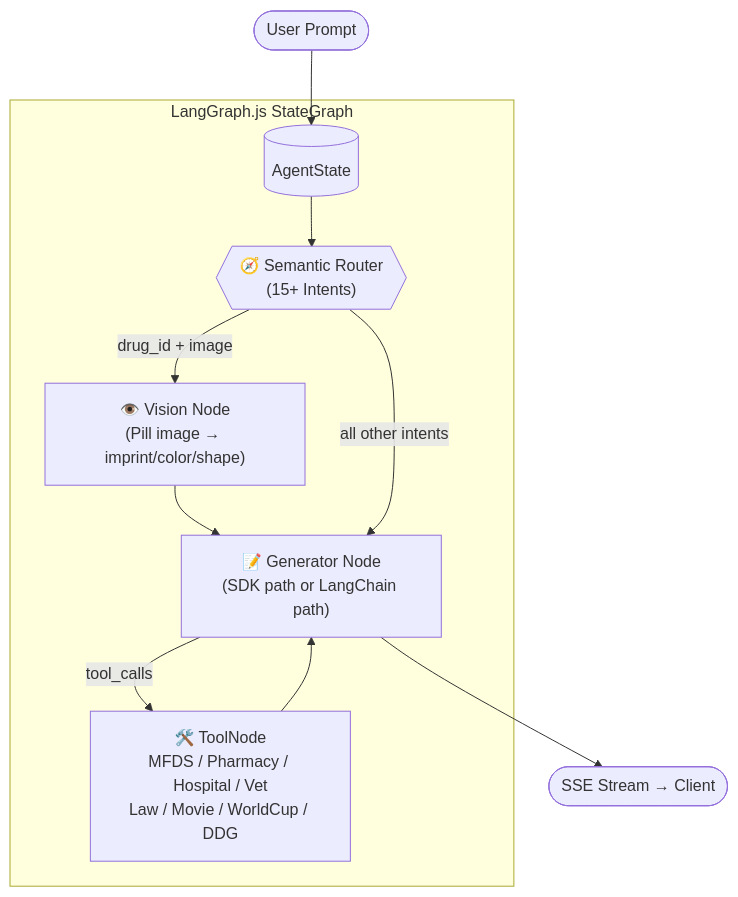
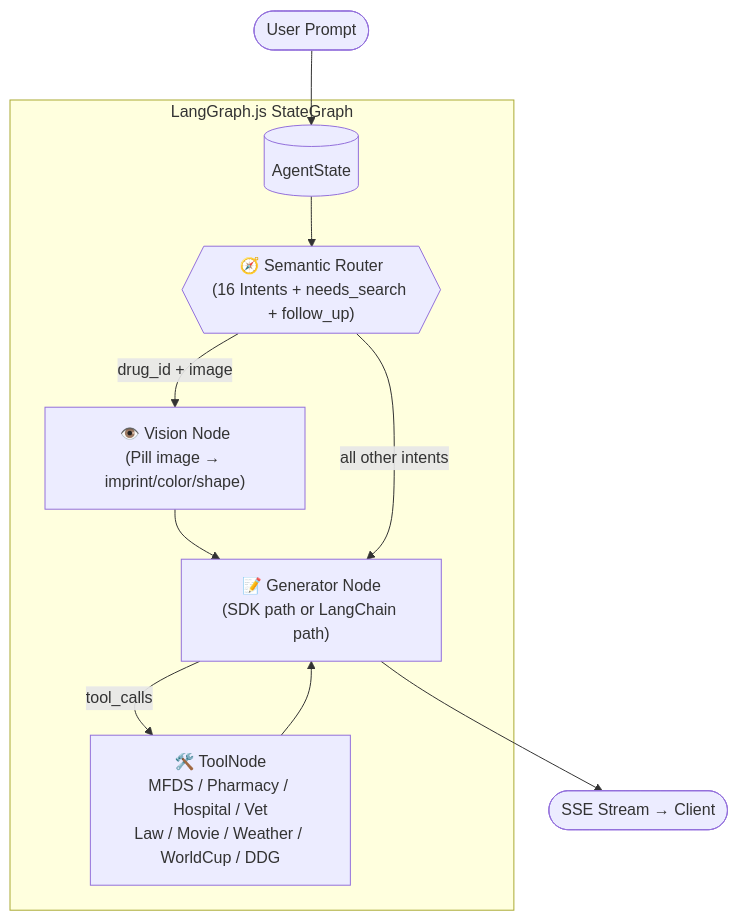
Before and after one commit to jpjp92/chat-agent: the first of 5 diagrams in docs/guide/REF_Architecture.md, drawn with Mermaid. The commit also changed other lines of this file and 6 other files, not shown here.

````diff
--- a/docs/guide/REF_Architecture.md
+++ b/docs/guide/REF_Architecture.md
@@ -12,20 +12,20 @@
 ```mermaid
 flowchart TB
     User([User Prompt])
 
     subgraph StateGraph ["LangGraph.js StateGraph"]
         State[("AgentState")]
-        Router{{"🧭 Semantic Router\n(15+ Intents)"}}
+        Router{{"🧭 Semantic Router\n(16 Intents + needs_search + follow_up)"}}
         Vision["👁️ Vision Node\n(Pill image → imprint/color/shape)"]
         Generator["📝 Generator Node\n(SDK path or LangChain path)"]
-        Tools["🛠️ ToolNode\nMFDS / Pharmacy / Hospital / Vet\nLaw / Movie / WorldCup / DDG"]
+        Tools["🛠️ ToolNode\nMFDS / Pharmacy / Hospital / Vet\nLaw / Movie / Weather / WorldCup / DDG"]
     end
 
     Output([SSE Stream → Client])
 
     User --> State --> Router
     Router -- "drug_id + image" --> Vision --> Generator
     Router -- "all other intents" --> Generator
     Generator -- "tool_calls" --> Tools --> Generator
     Generator --> Output
 ```
````
